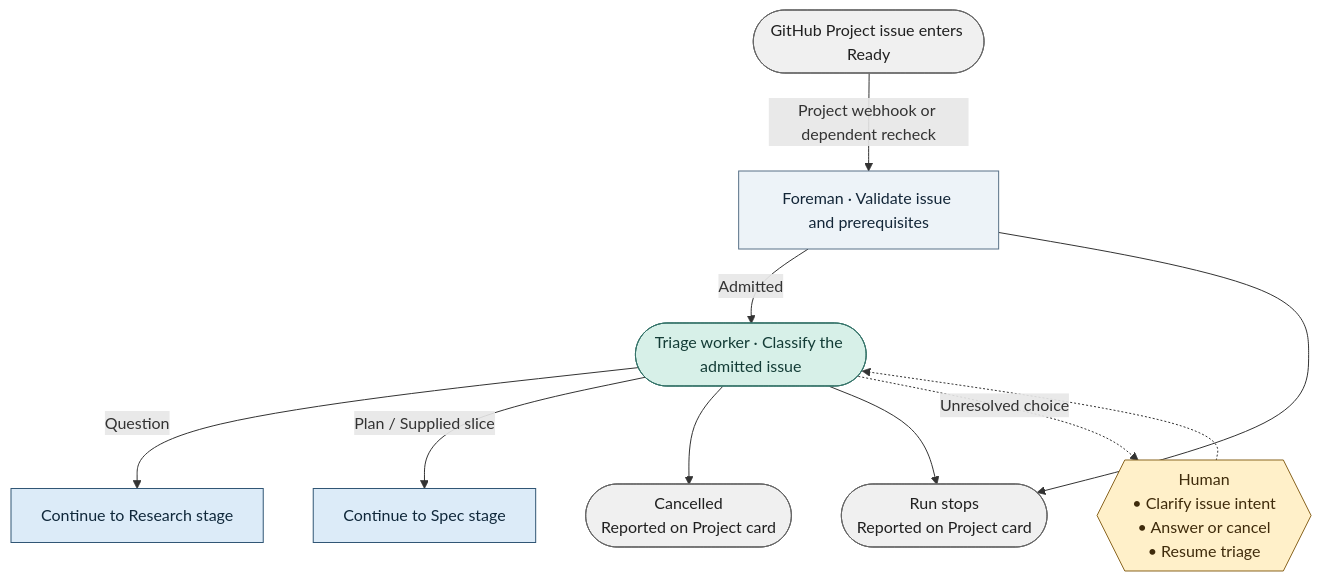
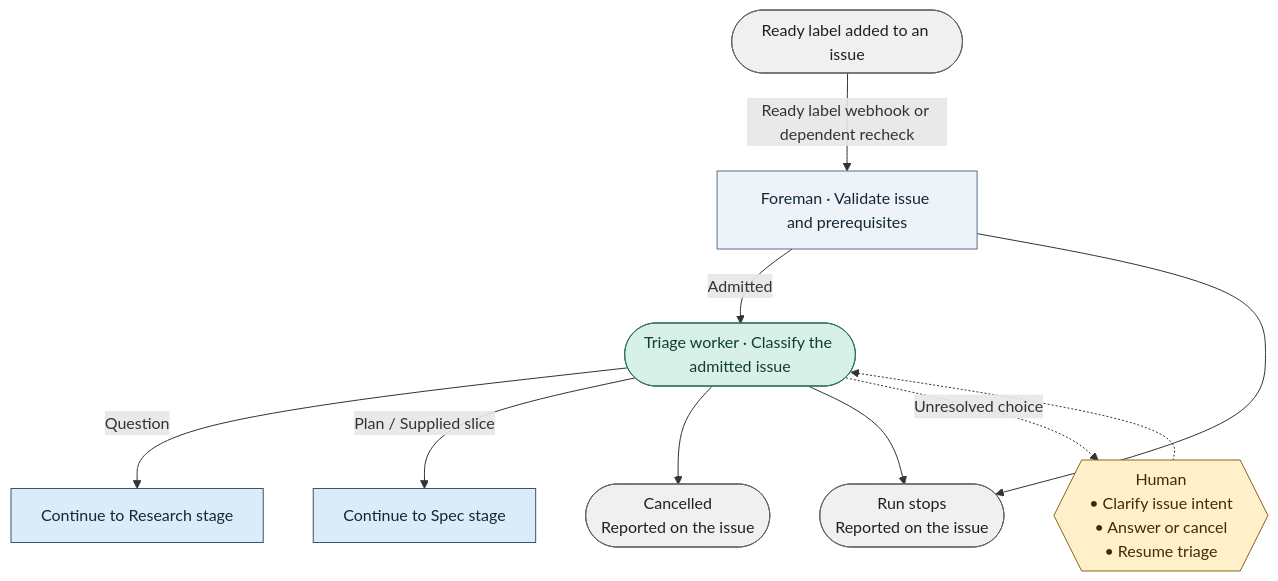
One commit to bookout-labs/tools changed the diagram in docs/graph/blueprint/views/stages/triage.mmd. Above: the diagram before and after it, drawn with Mermaid. The commit also changed 30 other files, not shown here.

Commit message:
Start runs from the Ready label and add the D7 worker methods

```diff
--- a/docs/graph/blueprint/views/stages/triage.mmd
+++ b/docs/graph/blueprint/views/stages/triage.mmd
@@ -1,23 +1,23 @@
 flowchart TD
-    n0(["GitHub Project issue enters Ready"]):::terminal
+    n0(["Ready label added to an issue"]):::terminal
     n1["Foreman · Validate issue and prerequisites"]:::step
     n2(["Triage worker · Classify the admitted issue"]):::worker
-    n3(["Run stops<br/>Reported on Project card"]):::terminal
+    n3(["Run stops<br/>Reported on the issue"]):::terminal
     n4["Continue to Research stage"]:::stage
     n5["Continue to Spec stage"]:::stage
-    n6(["Cancelled<br/>Reported on Project card"]):::terminal
+    n6(["Cancelled<br/>Reported on the issue"]):::terminal
     n7{{"Human<br/>• Clarify issue intent<br/>• Answer or cancel<br/>• Resume triage"}}:::gate
-    n0 -->|"Project webhook or dependent recheck"| n1
+    n0 -->|"Ready label webhook or dependent recheck"| n1
     n1 -->|"Admitted"| n2
     n1 --> n3
     n2 -->|"Question"| n4
     n2 -->|"Plan / Supplied slice"| n5
     n2 --> n6
     n2 --> n3
     n2 -.->|"Unresolved choice"| n7
     n7 -.-> n2
     classDef stage fill:#dcebf8,stroke:#315675,color:#10283b
     classDef step fill:#edf3f8,stroke:#597187,color:#132638
     classDef worker fill:#d7f0e8,stroke:#357369,color:#133c36
     classDef gate fill:#fff0c9,stroke:#89641f,color:#3f2b0b
     classDef terminal fill:#f0f0f0,stroke:#666666,color:#202020
```
